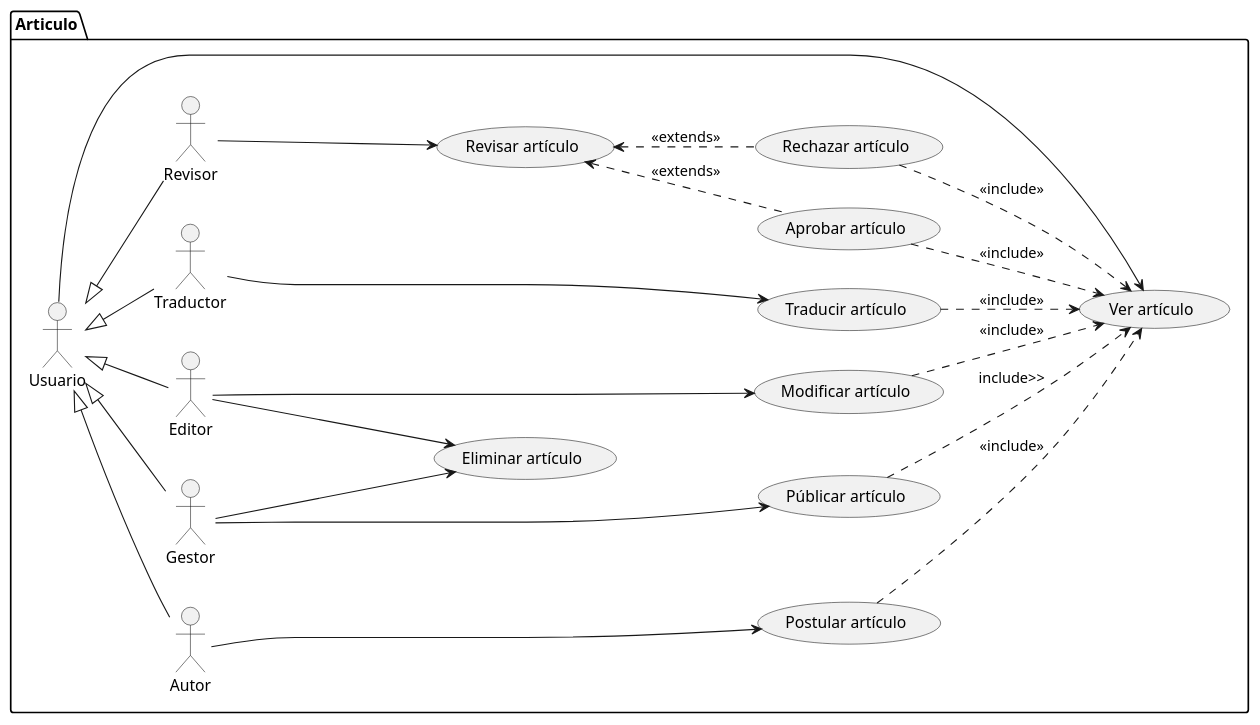
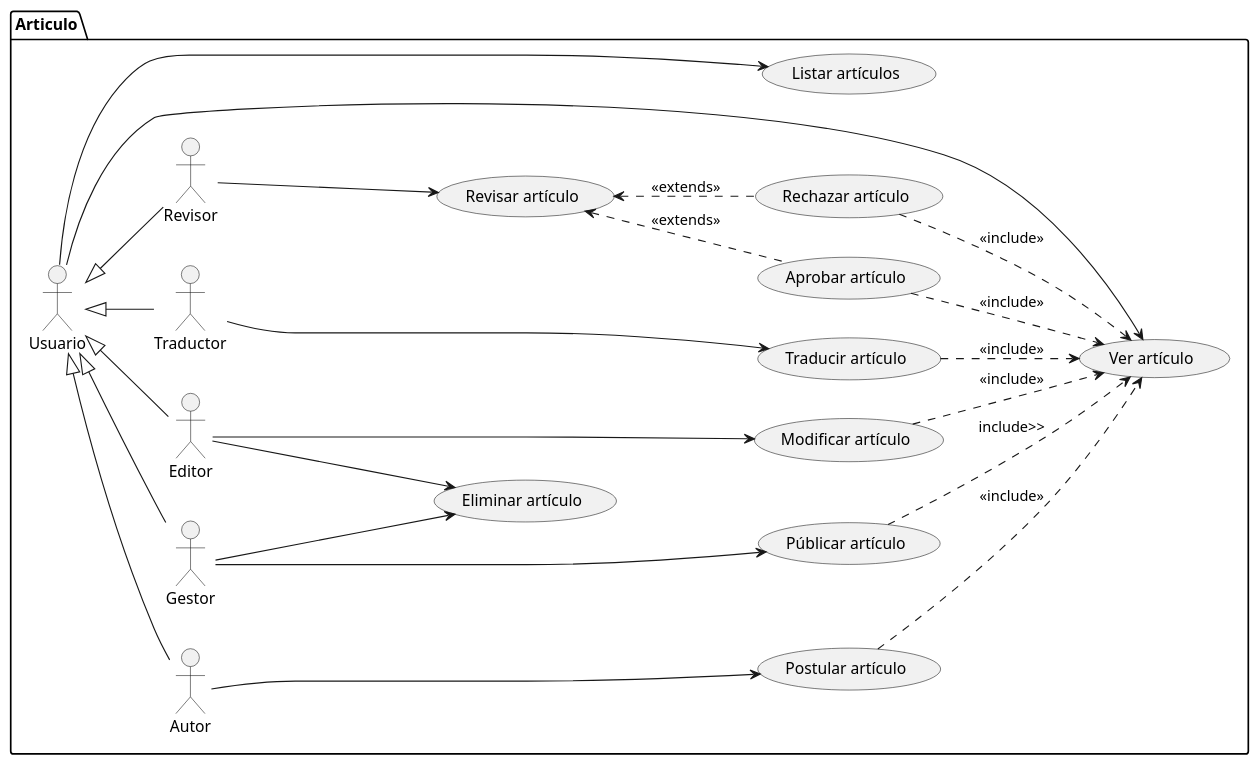
The diagram in 000-entregas/Grupo4/ProyectoEditorial/CasosDeUso/EncontrarCasosDeUso/articulo.puml (mmasias/IdSw1-22-23), drawn with PlantUML before and after one commit. The commit also changed 6 other files, not shown here.

Commit message:
Actualizado detalles de casos de uso y diagrama de contexto

```diff
--- a/000-entregas/Grupo4/ProyectoEditorial/CasosDeUso/EncontrarCasosDeUso/articulo.puml
+++ b/000-entregas/Grupo4/ProyectoEditorial/CasosDeUso/EncontrarCasosDeUso/articulo.puml
@@ -1,49 +1,51 @@
 @startuml Casos de uso Articulo
 
 left to right direction
 package Articulo{
     actor Gestor as gs
     actor Autor as au
     actor Traductor as tr
     actor Editor as ed
     actor Usuario as us
     actor Revisor as rv
 
     usecase "Públicar artículo" as create
     usecase "Postular artículo" as postular
     usecase "Modificar artículo" as update
     usecase "Eliminar artículo" as delete
     usecase "Aprobar artículo" as aprobar
     usecase "Rechazar artículo" as rechazar
     usecase "Revisar artículo" as revisar
     usecase "Ver artículo" as read
     usecase "Traducir artículo" as traducir
+    usecase "Listar artículos" as listar
 }
 
 gs -u-|> us
 au -u-|> us
 tr -u-|> us
 rv -u-|> us
 ed -u-|> us
 
 us ---> read
+us ------> listar
 
 au -----> postular
 tr -----> traducir
 rv ----> revisar
 ed -----> update
 ed ----> delete
 gs -----> create
 gs ----> delete
 
 (revisar) <.. (aprobar) : <<extends>>
 (revisar) <.. (rechazar) : <<extends>>
 (create) ..> (read) : include>>
 (postular) ..> (read) :<<include>>
 (aprobar) ..> (read) : <<include>>
 (rechazar) ..> (read) : <<include>>
 (traducir) ..> (read) : <<include>>
 (update) ..> (read) : <<include>>
 
 
 @enduml
```
